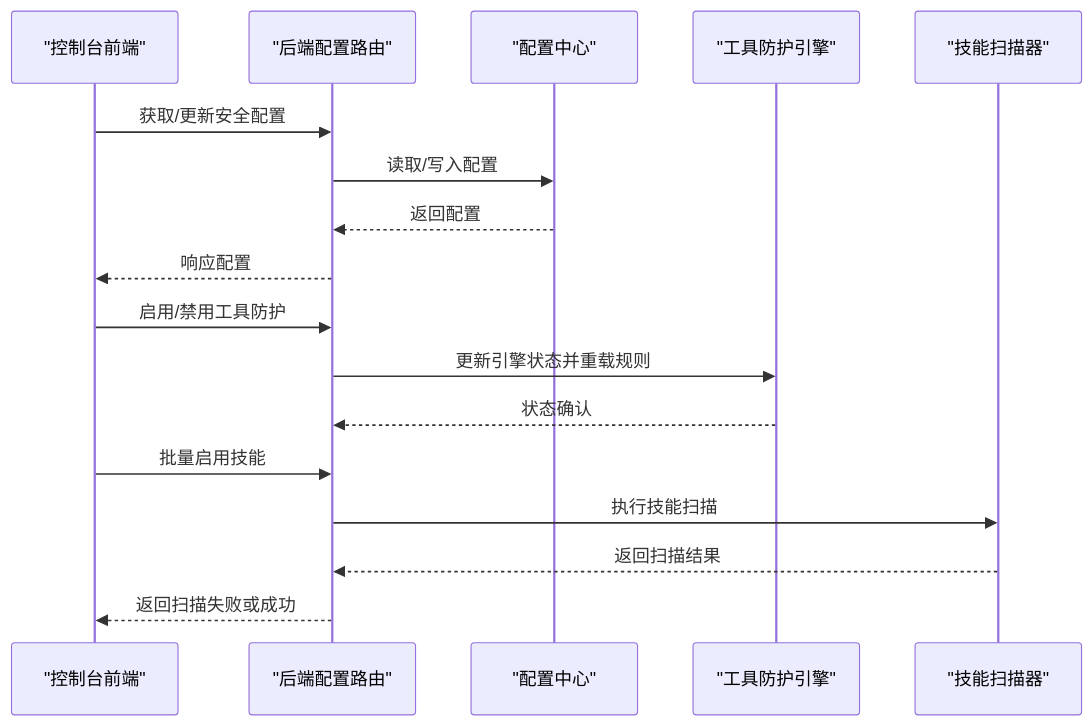
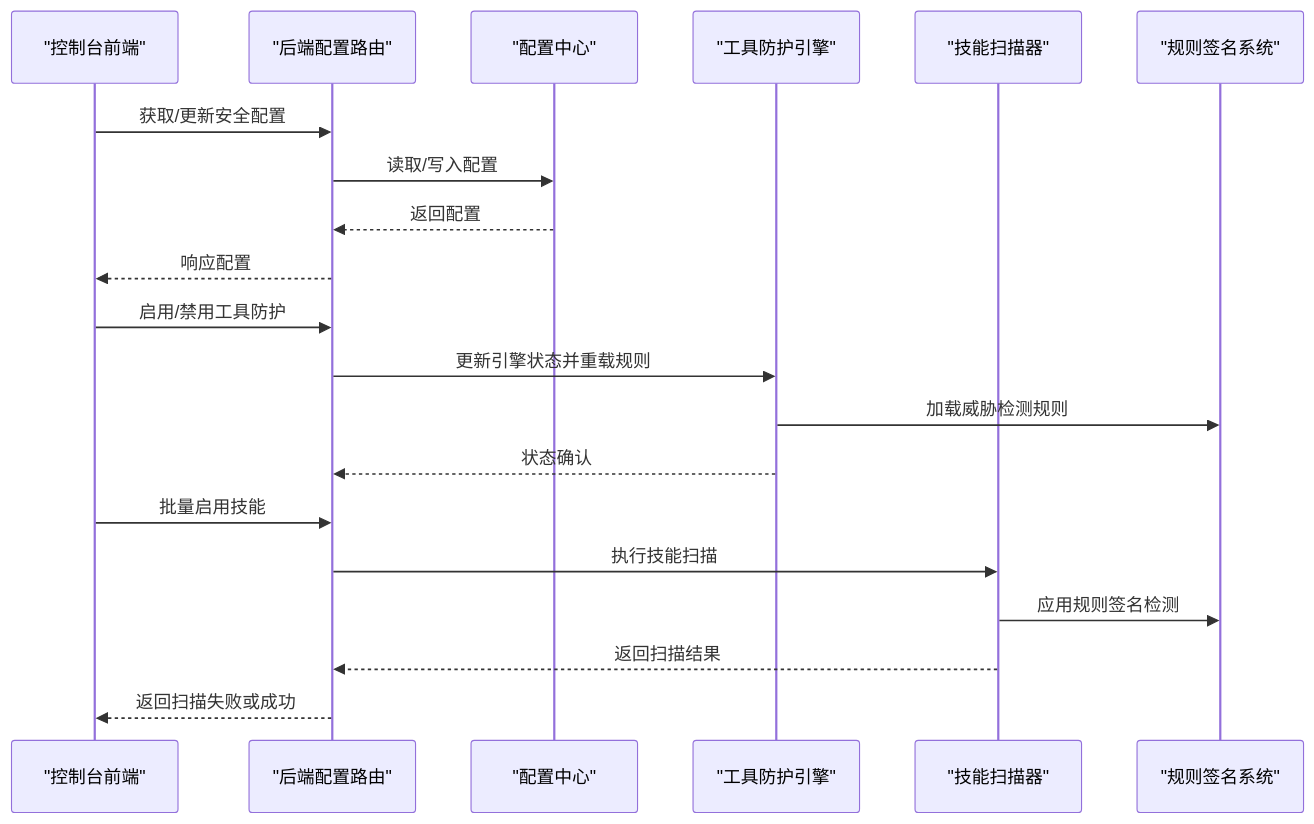
Before and after one commit to livehl/CoPaw: the second of 8 diagrams in .qoder/repowiki/zh/content/后端核心模块/安全防护系统/安全增强.md, drawn with Mermaid. The commit also changed other lines of this file and 12 other files, not shown here.

````diff
--- a/.qoder/repowiki/zh/content/后端核心模块/安全防护系统/安全增强.md
+++ b/.qoder/repowiki/zh/content/后端核心模块/安全防护系统/安全增强.md
@@ -112,19 +140,22 @@
 ```mermaid
 sequenceDiagram
 participant UI as "控制台前端"
 participant API as "后端配置路由"
 participant CFG as "配置中心"
 participant SG as "工具防护引擎"
 participant SS as "技能扫描器"
+participant RS as "规则签名系统"
 UI->>API : 获取/更新安全配置
 API->>CFG : 读取/写入配置
 CFG-->>API : 返回配置
 API-->>UI : 响应配置
 UI->>API : 启用/禁用工具防护
 API->>SG : 更新引擎状态并重载规则
+SG->>RS : 加载威胁检测规则
 SG-->>API : 状态确认
 UI->>API : 批量启用技能
 API->>SS : 执行技能扫描
+SS->>RS : 应用规则签名检测
 SS-->>API : 返回扫描结果
 API-->>UI : 返回扫描失败或成功
 ```
````
